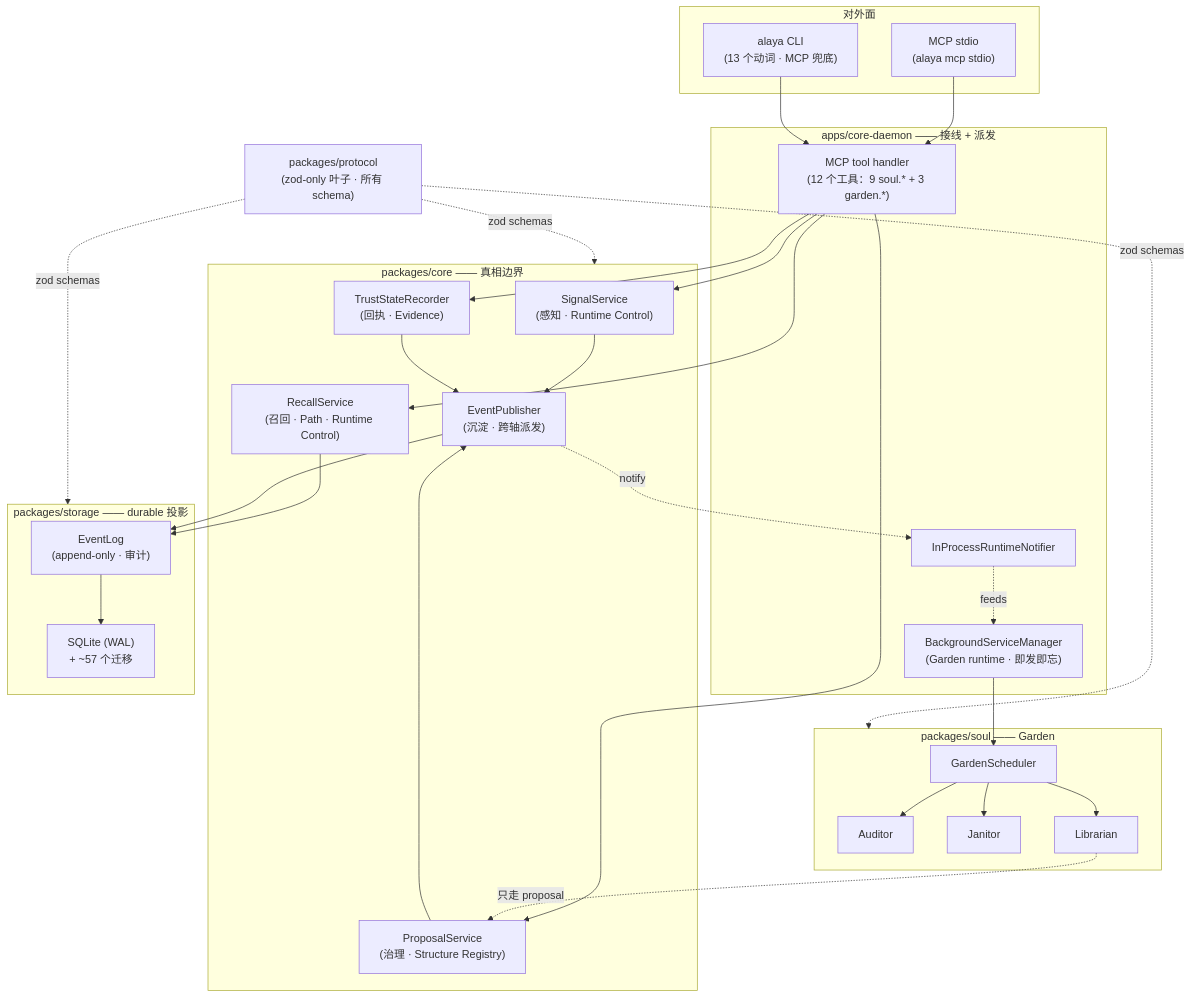
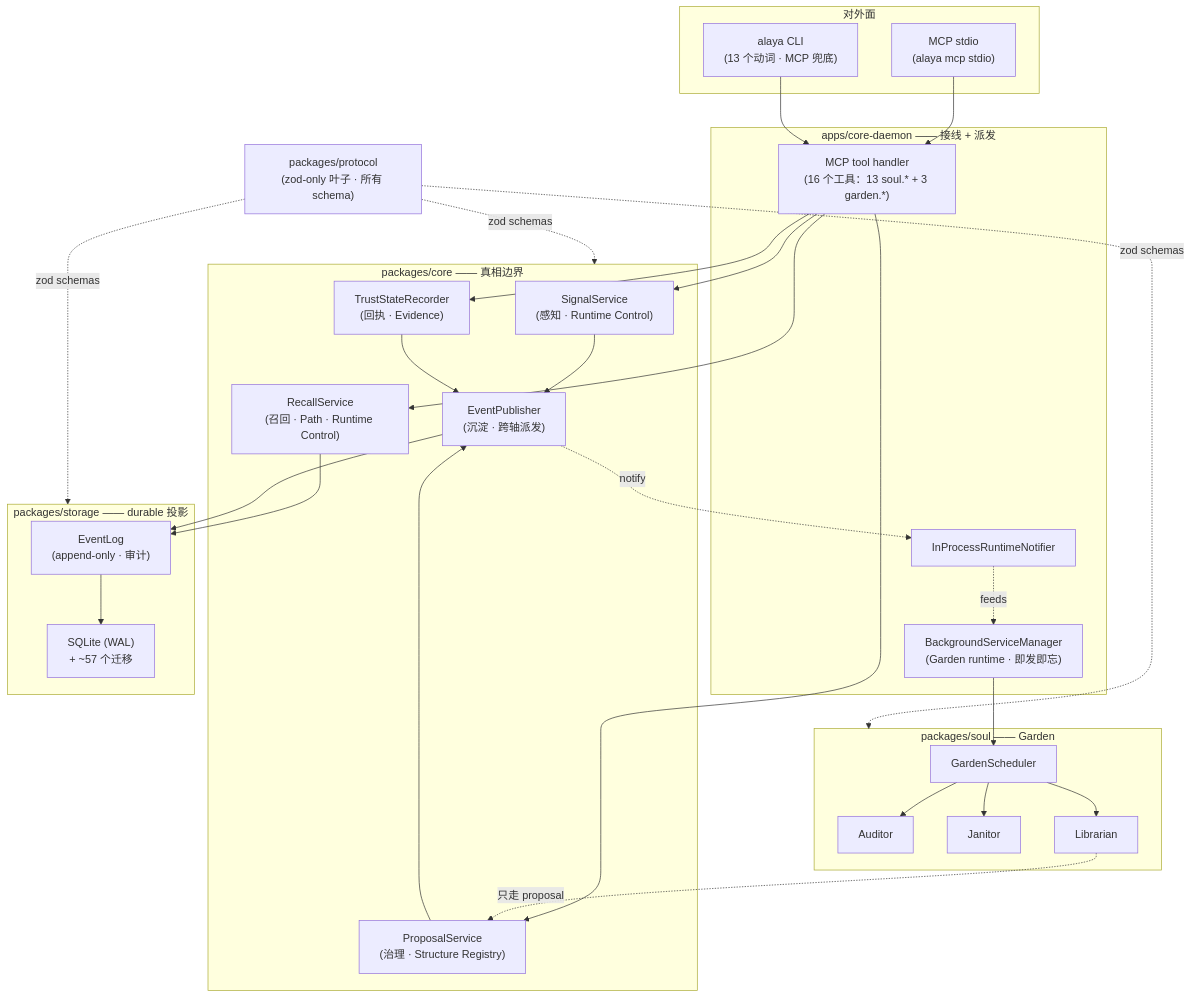
The second of 2 diagrams in README.zh-CN.md (tdwhere123/Do-SOUL-Alaya), drawn with Mermaid before and after one commit. The commit also changed other lines of this file and 109 other files, not shown here.

````diff
--- a/README.zh-CN.md
+++ b/README.zh-CN.md
@@ -344,57 +350,57 @@
 ```mermaid
 graph TD
     subgraph Surfaces["对外面"]
         MCPS["MCP stdio<br/>(alaya mcp stdio)"]
         CLIS["alaya CLI<br/>(13 个动词 · MCP 兜底)"]
     end
 
     subgraph Daemon["apps/core-daemon —— 接线 + 派发"]
-        TH["MCP tool handler<br/>(12 个工具：9 soul.* + 3 garden.*)"]
+        TH["MCP tool handler<br/>(16 个工具：13 soul.* + 3 garden.*)"]
         BG["BackgroundServiceManager<br/>(Garden runtime · 即发即忘)"]
         NOTI["InProcessRuntimeNotifier"]
     end
 
     subgraph Core["packages/core —— 真相边界"]
         SS["SignalService<br/>(感知 · Runtime Control)"]
         PROP["ProposalService<br/>(治理 · Structure Registry)"]
         EP["EventPublisher<br/>(沉淀 · 跨轴派发)"]
         REC["RecallService<br/>(召回 · Path · Runtime Control)"]
         TR["TrustStateRecorder<br/>(回执 · Evidence)"]
     end
 
     subgraph Soul["packages/soul —— Garden"]
         AUD["Auditor"]
         JAN["Janitor"]
         LIB["Librarian"]
         SCH["GardenScheduler"]
     end
 
     subgraph StorageBox["packages/storage —— durable 投影"]
         EL["EventLog<br/>(append-only · 审计)"]
         DB["SQLite (WAL)<br/>+ ~57 个迁移"]
     end
 
     PROTO["packages/protocol<br/>(zod-only 叶子 · 所有 schema)"]
 
     MCPS --> TH
     CLIS --> TH
     TH --> SS
     TH --> PROP
     TH --> REC
     TH --> TR
     SS --> EP
     PROP --> EP
     REC --> EL
     TR --> EP
     EP --> EL
     EL --> DB
     EP -.notify.-> NOTI
     NOTI -.feeds.-> BG
     BG --> SCH
     SCH --> AUD & JAN & LIB
     LIB -.只走 proposal.-> PROP
 
     PROTO -. zod schemas .-> Core
     PROTO -. zod schemas .-> Soul
     PROTO -. zod schemas .-> StorageBox
 ```
````
